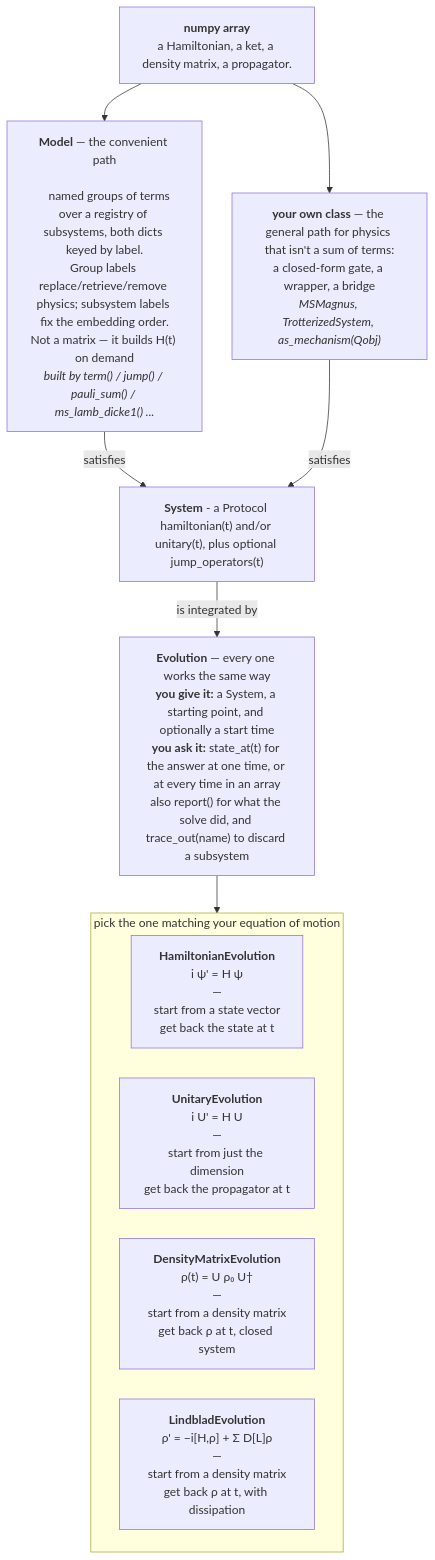
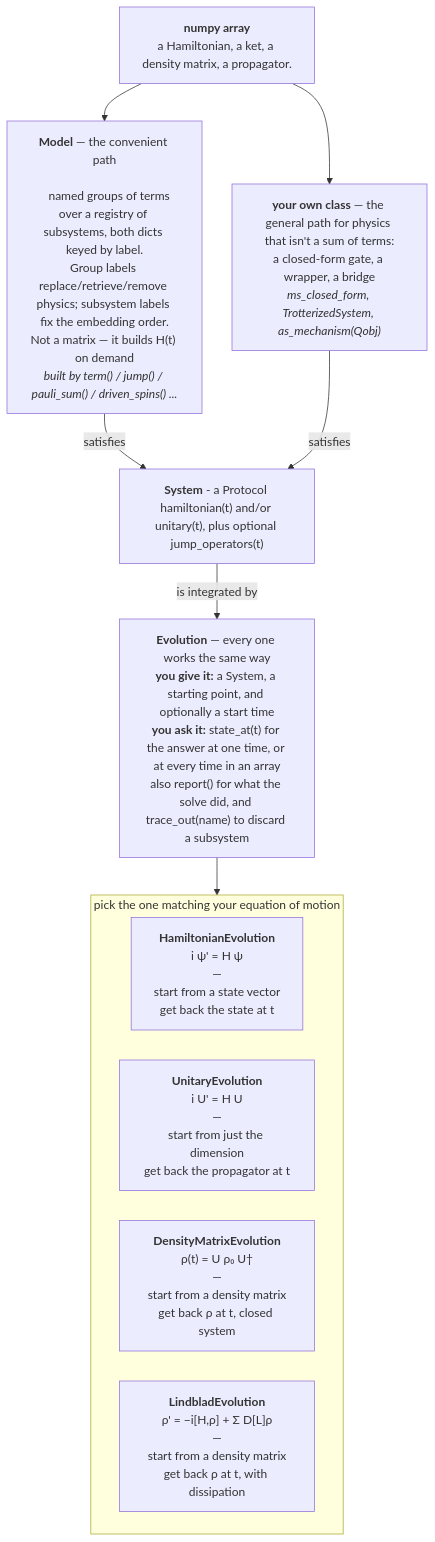
Before and after one commit to bharraz/htdse: the diagram in README.md, drawn with Mermaid. The commit also changed other lines of this file and 8 other files, not shown here.

````diff
--- a/README.md
+++ b/README.md
@@ -71,28 +71,28 @@
 ```mermaid
 %%{init: {"flowchart": {"rankSpacing": 50, "nodeSpacing": 40}}}%%
 flowchart TB
     OP["<b>numpy array</b><br/>a Hamiltonian, a ket, a density matrix, a propagator."]
     MODEL["<b>Model</b> — the convenient path<br/>
-    named groups of terms over a registry of subsystems, both dicts keyed by label.<br/>Group labels replace/retrieve/remove physics; subsystem labels fix the embedding order.<br/>Not a matrix — it builds H(t) on demand<br/><i>built by term() / jump() / pauli_sum() / ms_lamb_dicke1() ...</i>"]
+    named groups of terms over a registry of subsystems, both dicts keyed by label.<br/>Group labels replace/retrieve/remove physics; subsystem labels fix the embedding order.<br/>Not a matrix — it builds H(t) on demand<br/><i>built by term() / jump() / pauli_sum() / driven_spins() ...</i>"]
 
-    OWN["<b>your own class</b> — the general path for physics that isn't a sum of terms:<br/>a closed-form gate, a wrapper, a bridge<br/><i>MSMagnus, TrotterizedSystem, as_mechanism(Qobj)</i>"]
+    OWN["<b>your own class</b> — the general path for physics that isn't a sum of terms:<br/>a closed-form gate, a wrapper, a bridge<br/><i>ms_closed_form, TrotterizedSystem, as_mechanism(Qobj)</i>"]
 
     SYS["<b>System</b> - a Protocol <br/>hamiltonian(t) and/or unitary(t), plus optional jump_operators(t)<br/>"]
 
     EVOALL["<b>Evolution</b> — every one works the same way<br/><b>you give it:</b> a System, a starting point, and optionally a start time<br/><b>you ask it:</b> state_at(t) for the answer at one time, or at every time in an array<br/>also report() for what the solve did, and trace_out(name) to discard a subsystem<br/>"]
 
     subgraph EVO["pick the one matching your equation of motion"]
         direction LR
         E1["<b>HamiltonianEvolution</b><br/>i ψ' = H ψ<br/>—<br/>start from a state vector<br/>get back the state at t"]
         E2["<b>UnitaryEvolution</b><br/>i U' = H U<br/>—<br/>start from just the dimension<br/>get back the propagator at t"]
         E3["<b>DensityMatrixEvolution</b><br/>ρ(t) = U ρ₀ U†<br/>—<br/>start from a density matrix<br/>get back ρ at t, closed system"]
         E4["<b>LindbladEvolution</b><br/>ρ' = −i[H,ρ] + Σ D[L]ρ<br/>—<br/>start from a density matrix<br/>get back ρ at t, with dissipation"]
     end
 
     OP --> MODEL
     OP --> OWN
     MODEL -- "satisfies" --> SYS
     OWN -- "satisfies" --> SYS
     SYS -- "is integrated by" --> EVOALL
     EVOALL --> EVO
 ```
````
